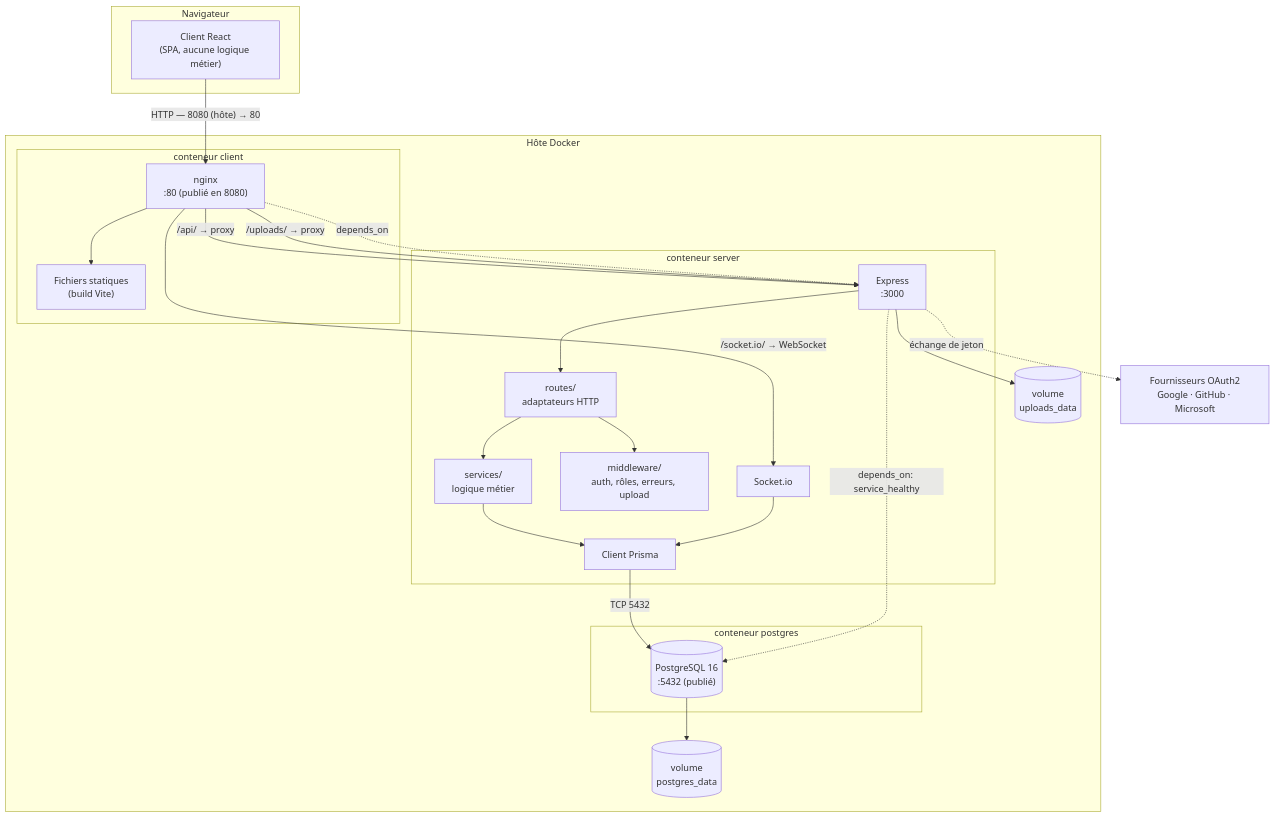
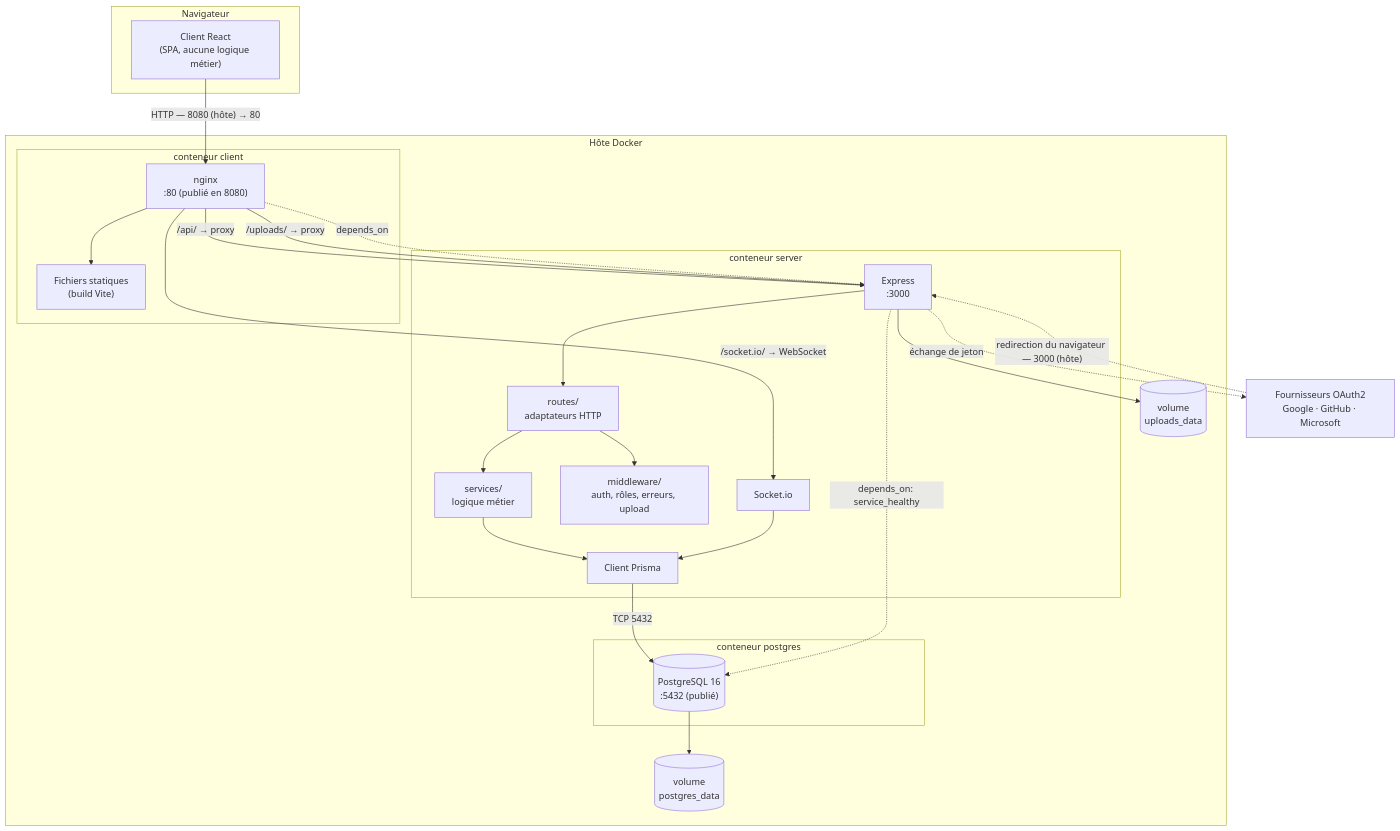
The sixth of 10 diagrams in docs/documentation-technique.md (assurleaddev/supmeal), drawn with Mermaid before and after one commit. The commit also changed other lines of this file and 2 other files, not shown here.

````diff
--- a/docs/documentation-technique.md
+++ b/docs/documentation-technique.md
@@ -783,51 +809,52 @@
 ```mermaid
 graph TB
     subgraph Navigateur
         SPA["Client React<br/>(SPA, aucune logique métier)"]
     end
 
     subgraph "Hôte Docker"
         subgraph "conteneur client"
             NG["nginx<br/>:80 (publié en 8080)"]
             ST["Fichiers statiques<br/>(build Vite)"]
         end
 
         subgraph "conteneur server"
             EX["Express<br/>:3000"]
             RT["routes/<br/>adaptateurs HTTP"]
             SV["services/<br/>logique métier"]
             MW["middleware/<br/>auth, rôles, erreurs, upload"]
             IO["Socket.io"]
             PR["Client Prisma"]
         end
 
         subgraph "conteneur postgres"
             DB[("PostgreSQL 16<br/>:5432 (publié)")]
         end
 
         VU[("volume<br/>uploads_data")]
         VD[("volume<br/>postgres_data")]
     end
 
     EXT["Fournisseurs OAuth2<br/>Google · GitHub · Microsoft"]
 
     SPA -->|"HTTP — 8080 (hôte) → 80"| NG
     NG --> ST
     NG -->|"/api/ → proxy"| EX
     NG -->|"/uploads/ → proxy"| EX
     NG -->|"/socket.io/ → WebSocket"| IO
 
     EX --> RT
     RT --> SV
     RT --> MW
     SV --> PR
     IO --> PR
     PR -->|TCP 5432| DB
 
     EX --> VU
     DB --> VD
     EX -.->|échange de jeton| EXT
+    EXT -.->|"redirection du navigateur — 3000 (hôte)"| EX
 
     EX -.->|"depends_on: service_healthy"| DB
     NG -.->|depends_on| EX
 ```
````
